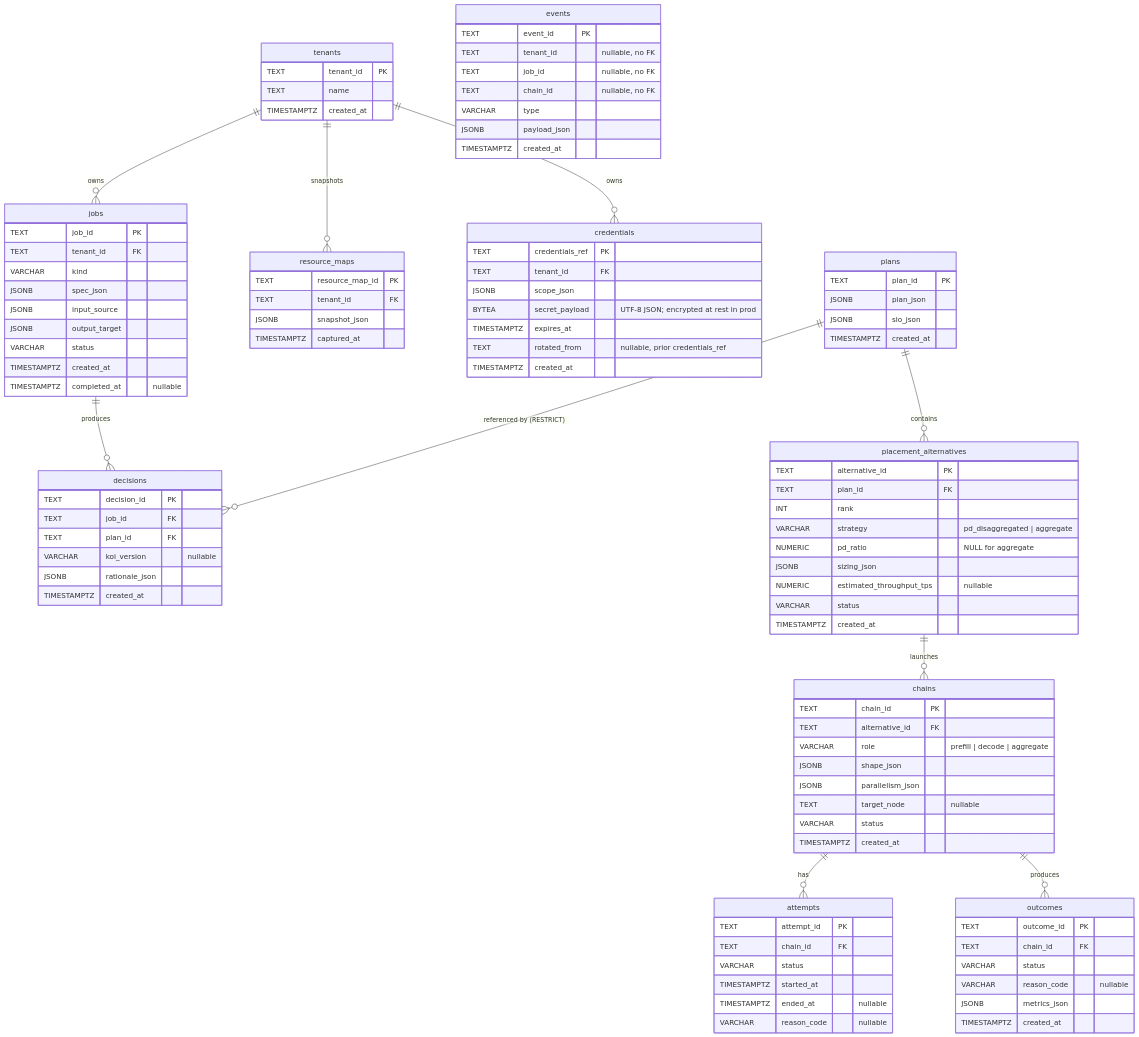
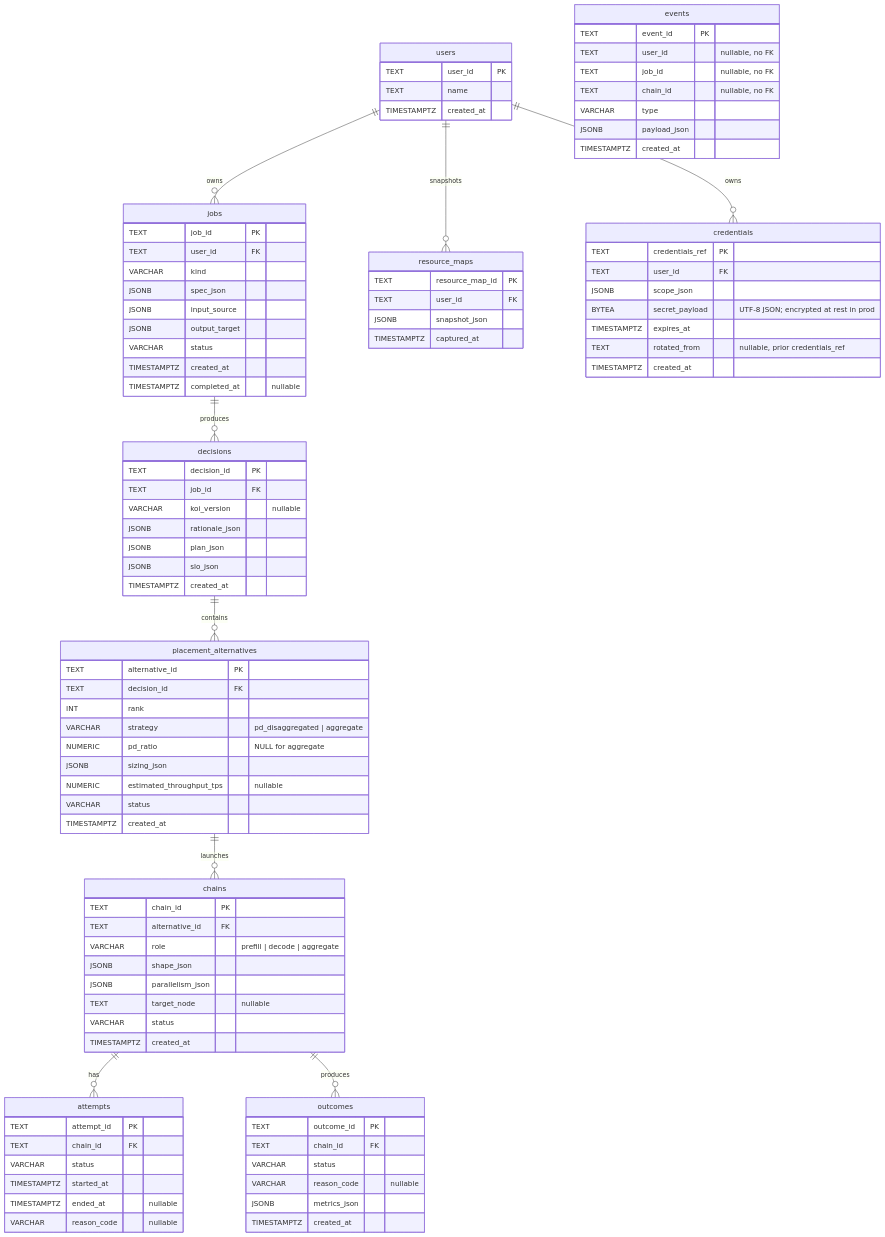
One commit to Tandemn-Labs/tandemn-store changed the diagram in DATABASE.md. Above: the diagram before and after it, drawn with Mermaid. The commit also changed other lines of this file and 35 other files, not shown here.

First line of the commit message:
schema: collapse plans into decisions and rename tenants to users

````diff
--- a/DATABASE.md
+++ b/DATABASE.md
@@ -16,35 +16,34 @@
 ```mermaid
 erDiagram
-    tenants ||--o{ jobs            : "owns"
-    tenants ||--o{ resource_maps   : "snapshots"
-    tenants ||--o{ credentials     : "owns"
+    users ||--o{ jobs            : "owns"
+    users ||--o{ resource_maps   : "snapshots"
+    users ||--o{ credentials     : "owns"
 
     jobs ||--o{ decisions          : "produces"
 
-    plans ||--o{ decisions               : "referenced by (RESTRICT)"
-    plans ||--o{ placement_alternatives  : "contains"
+    decisions ||--o{ placement_alternatives  : "contains"
 
     placement_alternatives ||--o{ chains : "launches"
 
     chains ||--o{ attempts  : "has"
     chains ||--o{ outcomes  : "produces"
 
-    tenants {
-      TEXT tenant_id PK
+    users {
+      TEXT user_id PK
       TEXT name
       TIMESTAMPTZ created_at
     }
 
     resource_maps {
       TEXT resource_map_id PK
-      TEXT tenant_id FK
+      TEXT user_id FK
       JSONB snapshot_json
       TIMESTAMPTZ captured_at
     }
 
     jobs {
       TEXT job_id PK
-      TEXT tenant_id FK
+      TEXT user_id FK
       VARCHAR kind
       JSONB spec_json
       JSONB input_source
@@ -54,25 +53,19 @@
       TIMESTAMPTZ completed_at "nullable"
     }
 
-    plans {
-      TEXT plan_id PK
+    decisions {
+      TEXT decision_id PK
+      TEXT job_id FK
+      VARCHAR koi_version "nullable"
+      JSONB rationale_json
       JSONB plan_json
       JSONB slo_json
       TIMESTAMPTZ created_at
     }
 
-    decisions {
-      TEXT decision_id PK
-      TEXT job_id FK
-      TEXT plan_id FK
-      VARCHAR koi_version "nullable"
-      JSONB rationale_json
-      TIMESTAMPTZ created_at
-    }
-
     placement_alternatives {
       TEXT alternative_id PK
-      TEXT plan_id FK
+      TEXT decision_id FK
       INT rank
       VARCHAR strategy "pd_disaggregated | aggregate"
       NUMERIC pd_ratio "NULL for aggregate"
@@ -113,7 +106,7 @@
 
     events {
       TEXT event_id PK
-      TEXT tenant_id "nullable, no FK"
+      TEXT user_id "nullable, no FK"
       TEXT job_id    "nullable, no FK"
       TEXT chain_id  "nullable, no FK"
       VARCHAR type
@@ -123,7 +116,7 @@
 
     credentials {
       TEXT credentials_ref PK
-      TEXT tenant_id FK
+      TEXT user_id FK
       JSONB scope_json
       BYTEA secret_payload "UTF-8 JSON; encrypted at rest in prod"
       TIMESTAMPTZ expires_at
````
